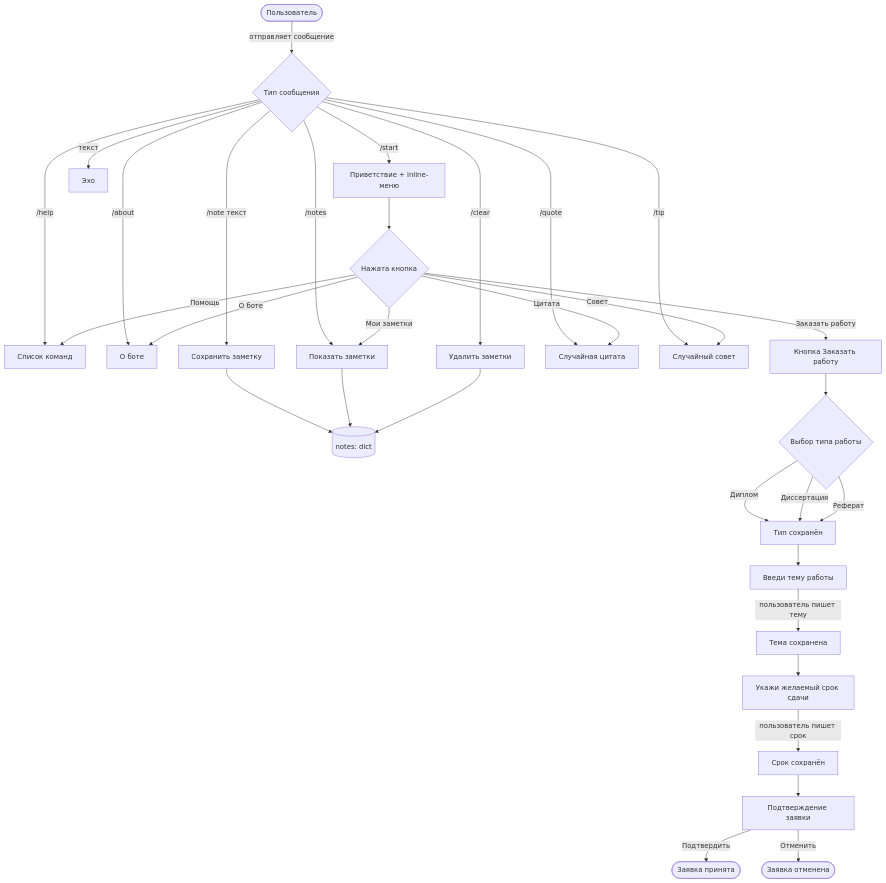
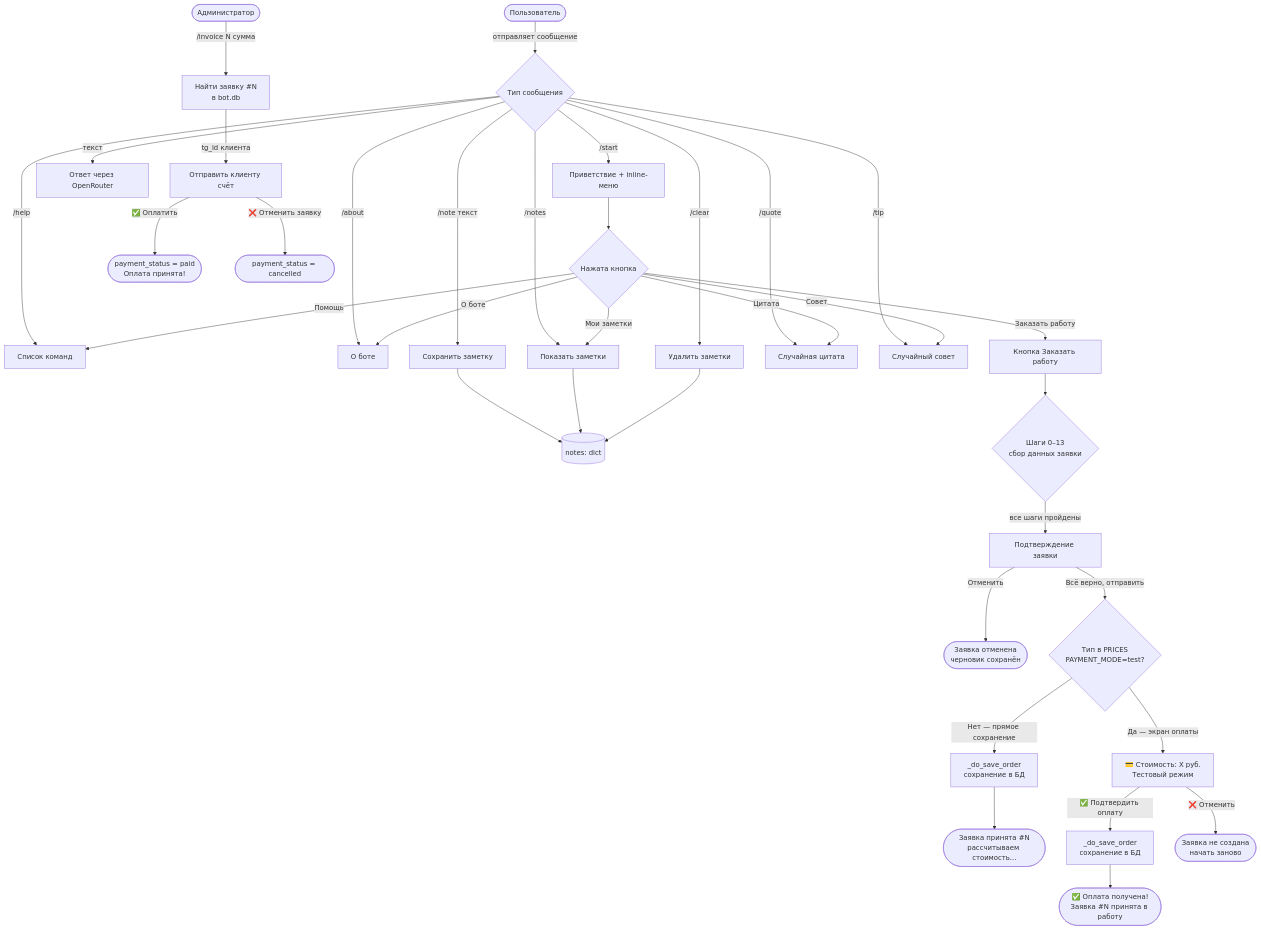
Before and after one commit to Gusya17/bot-uchebnye: the diagram in CLAUDE.md, drawn with Mermaid. The commit also changed other lines of this file, not shown here.

Commit message:
docs: обновлён CLAUDE.md — раздел системы оплаты (слой 6) и mermaid-схема

````diff
--- a/CLAUDE.md
+++ b/CLAUDE.md
@@ -240,38 +306,45 @@
 ```mermaid
 flowchart TD
     A([Пользователь]) -->|отправляет сообщение| B{Тип сообщения}
 
     B -->|/start| C[Приветствие + inline-меню]
     B -->|/help| D[Список команд]
     B -->|/about| E[О боте]
     B -->|/note текст| F[Сохранить заметку]
     B -->|/notes| G[Показать заметки]
     B -->|/clear| H[Удалить заметки]
     B -->|/quote| I[Случайная цитата]
     B -->|/tip| J[Случайный совет]
-    B -->|текст| K[Эхо]
+    B -->|текст| K[Ответ через OpenRouter]
 
     C --> L{Нажата кнопка}
     L -->|Цитата| I
     L -->|Совет| J
     L -->|Мои заметки| G
     L -->|О боте| E
     L -->|Помощь| D
     L -->|Заказать работу| N1
 
     F --> M[(notes: dict)]
     G --> M
     H --> M
 
-    N1[Кнопка Заказать работу] --> N2{Выбор типа работы}
-    N2 -->|Диплом| N3[Тип сохранён]
-    N2 -->|Диссертация| N3
-    N2 -->|Реферат| N3
-    N3 --> N4[Введи тему работы]
-    N4 -->|пользователь пишет тему| N5[Тема сохранена]
-    N5 --> N6[Укажи желаемый срок сдачи]
-    N6 -->|пользователь пишет срок| N7[Срок сохранён]
-    N7 --> N8[Подтверждение заявки]
-    N8 -->|Подтвердить| N9([Заявка принята])
-    N8 -->|Отменить| N10([Заявка отменена])
+    N1[Кнопка Заказать работу] --> N2{Шаги 0–13\nсбор данных заявки}
+    N2 -->|все шаги пройдены| N8[Подтверждение заявки]
+    N8 -->|Отменить| N10([Заявка отменена\nчерновик сохранён])
+
+    N8 -->|Всё верно, отправить| PAY{Тип в PRICES\nPAYMENT_MODE=test?}
+
+    PAY -->|Нет — прямое сохранение| SAVE[_do_save_order\nсохранение в БД]
+    SAVE --> DONE1([Заявка принята #N\nрассчитываем стоимость...])
+
+    PAY -->|Да — экран оплаты| P1[💳 Стоимость: X руб.\nТестовый режим]
+    P1 -->|✅ Подтвердить оплату| P2[_do_save_order\nсохранение в БД]
+    P2 --> DONE2([✅ Оплата получена!\nЗаявка #N принята в работу])
+    P1 -->|❌ Отменить| P3([Заявка не создана\nначать заново])
+
+    ADM([Администратор]) -->|/invoice N сумма| INV[Найти заявку #N\nв bot.db]
+    INV -->|tg_id клиента| INV2[Отправить клиенту счёт]
+    INV2 -->|✅ Оплатить| INV3([payment_status = paid\nОплата принята!])
+    INV2 -->|❌ Отменить заявку| INV4([payment_status = cancelled])
 ```
````
